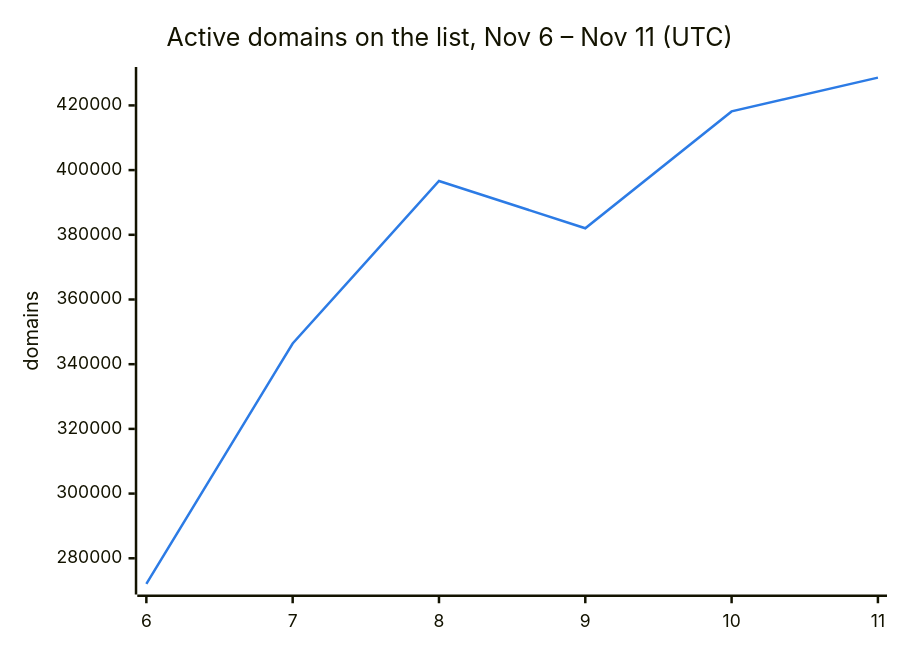
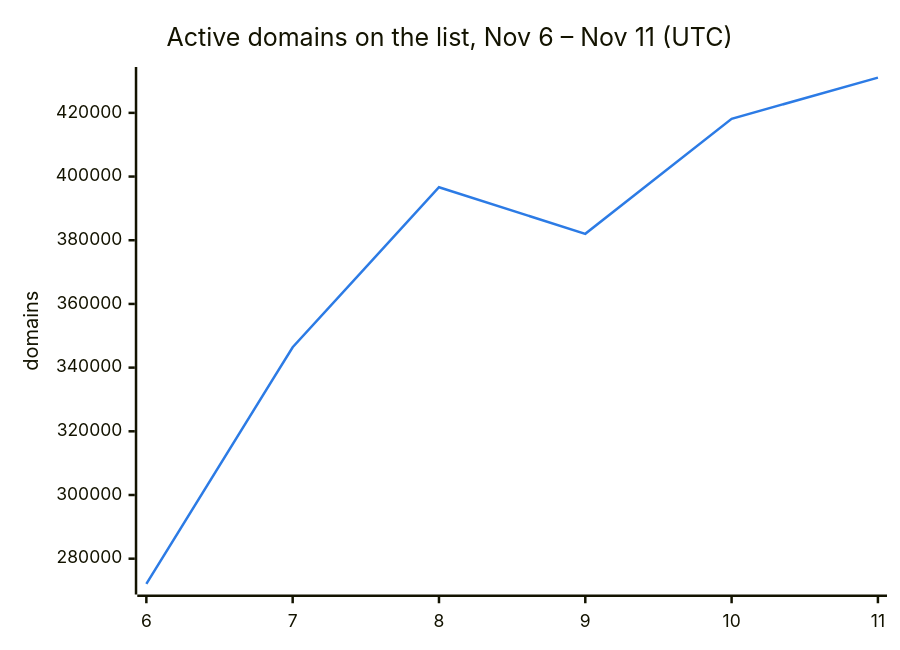
The second of 3 diagrams in README.md (DNSBunker/CTI), drawn with Mermaid before and after one commit. The commit also changed other lines of this file and 3 other files, not shown here.

````diff
--- a/README.md
+++ b/README.md
@@ -38,8 +38,8 @@
 ```mermaid
 %%{init: {"themeVariables": {"xyChart": {"plotColorPalette": "#2c7be5"}}}}%%
 xychart-beta
     title "Active domains on the list, Nov 6 – Nov 11 (UTC)"
     x-axis ["6", "7", "8", "9", "10", "11"]
     y-axis "domains"
-    line [272088, 346388, 396638, 382009, 418143, 428586]
+    line [272088, 346388, 396638, 382009, 418143, 431066]
 ```
````
